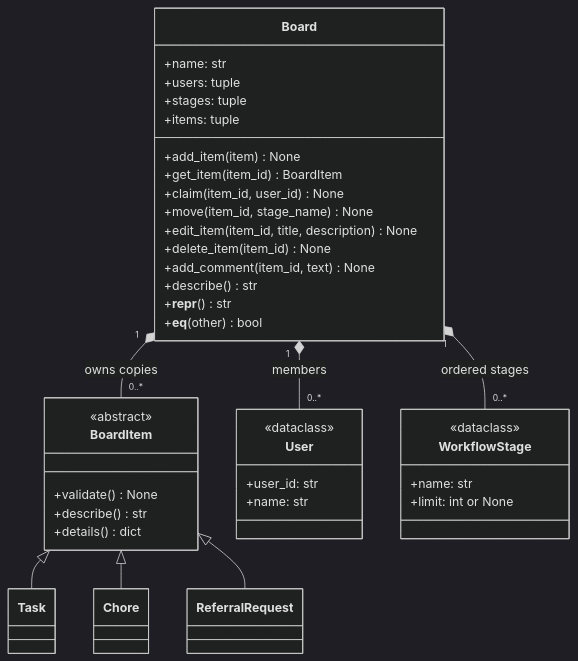
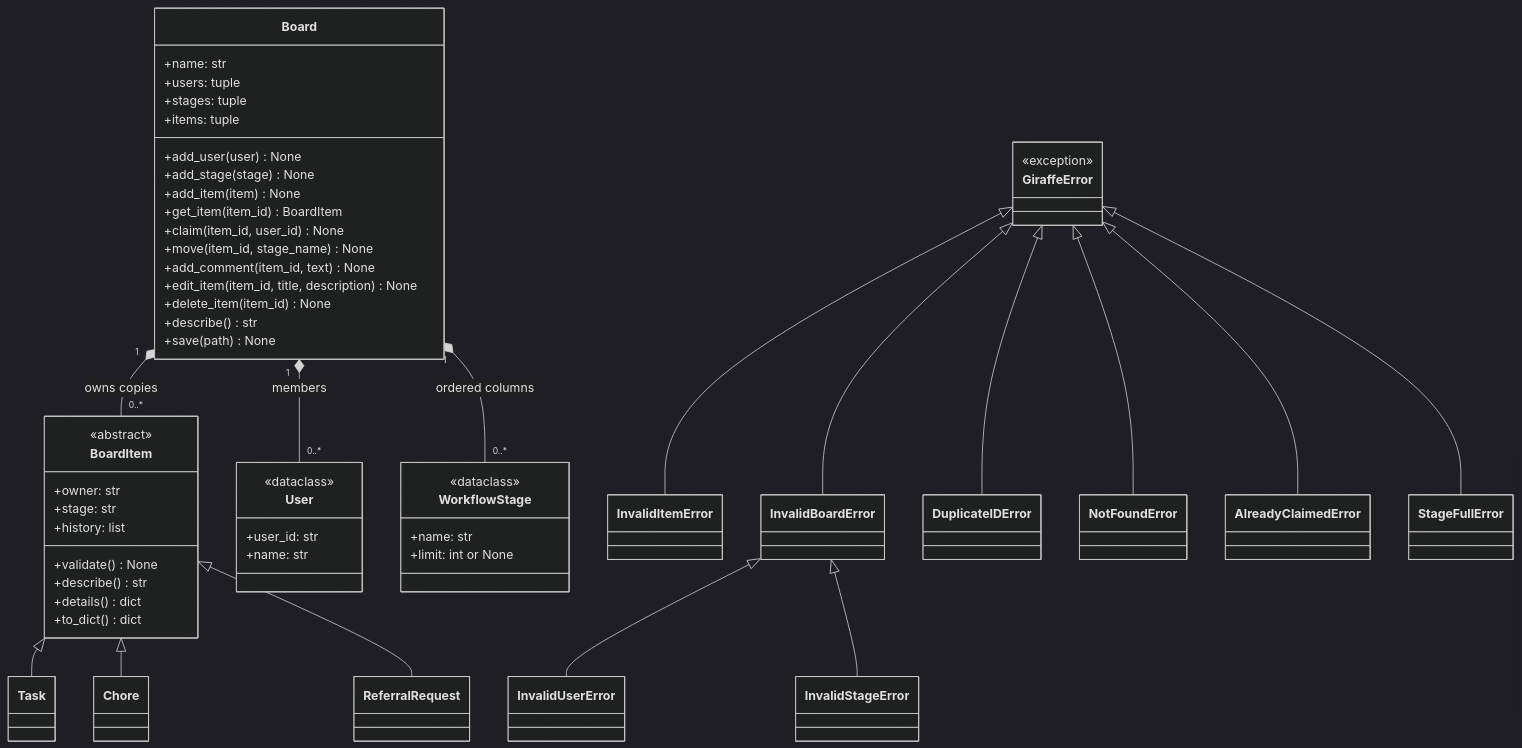
One commit to bhuvanakanakam/giraffe changed the diagram in README.md. Above: the diagram before and after it, drawn with Mermaid (dark theme). The commit also changed other lines of this file and 5 other files, not shown here.

````diff
--- a/README.md
+++ b/README.md
@@ -48,41 +103,57 @@
 ```mermaid
 classDiagram
     class Board {
         +name: str
         +users: tuple
         +stages: tuple
         +items: tuple
+        +add_user(user) None
+        +add_stage(stage) None
         +add_item(item) None
         +get_item(item_id) BoardItem
         +claim(item_id, user_id) None
         +move(item_id, stage_name) None
+        +add_comment(item_id, text) None
         +edit_item(item_id, title, description) None
         +delete_item(item_id) None
-        +add_comment(item_id, text) None
         +describe() str
-        +__repr__() str
-        +__eq__(other) bool
+        +save(path) None
     }
     class BoardItem {
         <<abstract>>
+        +owner: str
+        +stage: str
+        +history: list
         +validate() None
         +describe() str
         +details() dict
+        +to_dict() dict
     }
     class User {
         <<dataclass>>
         +user_id: str
         +name: str
     }
     class WorkflowStage {
         <<dataclass>>
         +name: str
         +limit: int or None
     }
+    class GiraffeError {
+        <<exception>>
+    }
     Board "1" *-- "0..*" BoardItem : owns copies
     Board "1" *-- "0..*" User : members
-    Board "1" *-- "0..*" WorkflowStage : ordered stages
+    Board "1" *-- "0..*" WorkflowStage : ordered columns
     BoardItem <|-- Task
     BoardItem <|-- Chore
     BoardItem <|-- ReferralRequest
+    GiraffeError <|-- InvalidItemError
+    GiraffeError <|-- InvalidBoardError
+    GiraffeError <|-- DuplicateIDError
+    GiraffeError <|-- NotFoundError
+    GiraffeError <|-- AlreadyClaimedError
+    GiraffeError <|-- StageFullError
+    InvalidBoardError <|-- InvalidUserError
+    InvalidBoardError <|-- InvalidStageError
 ```
````
